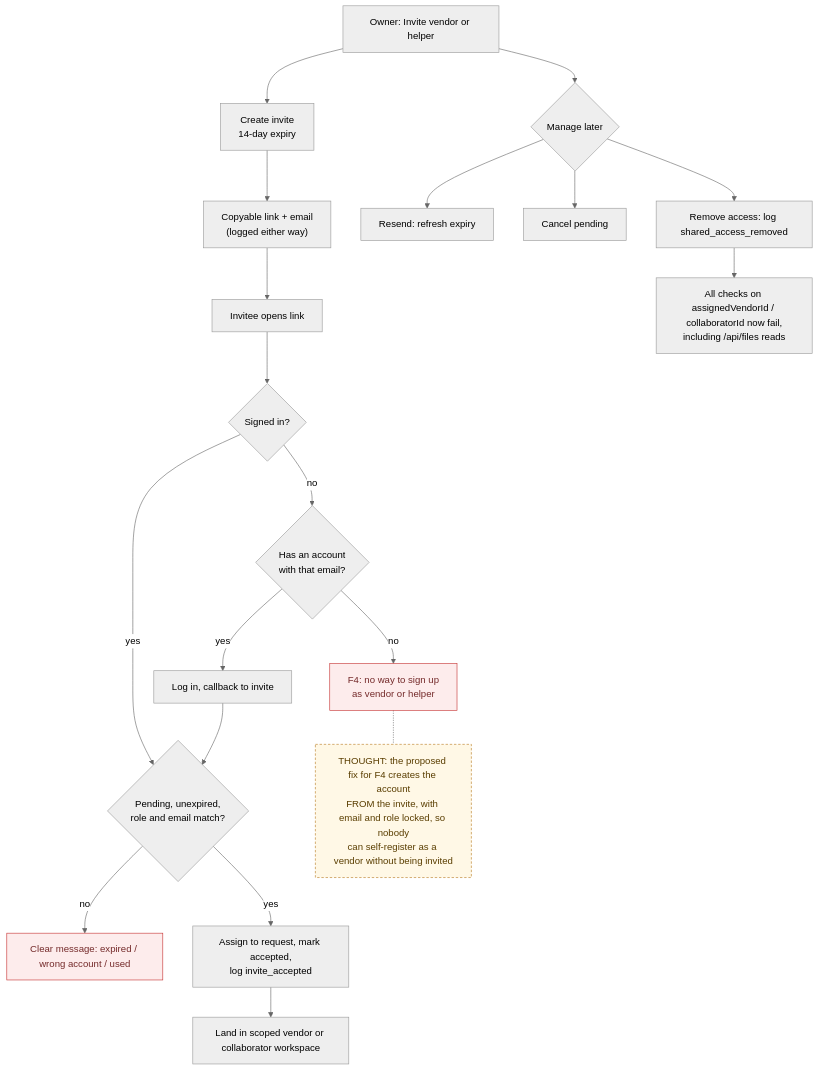
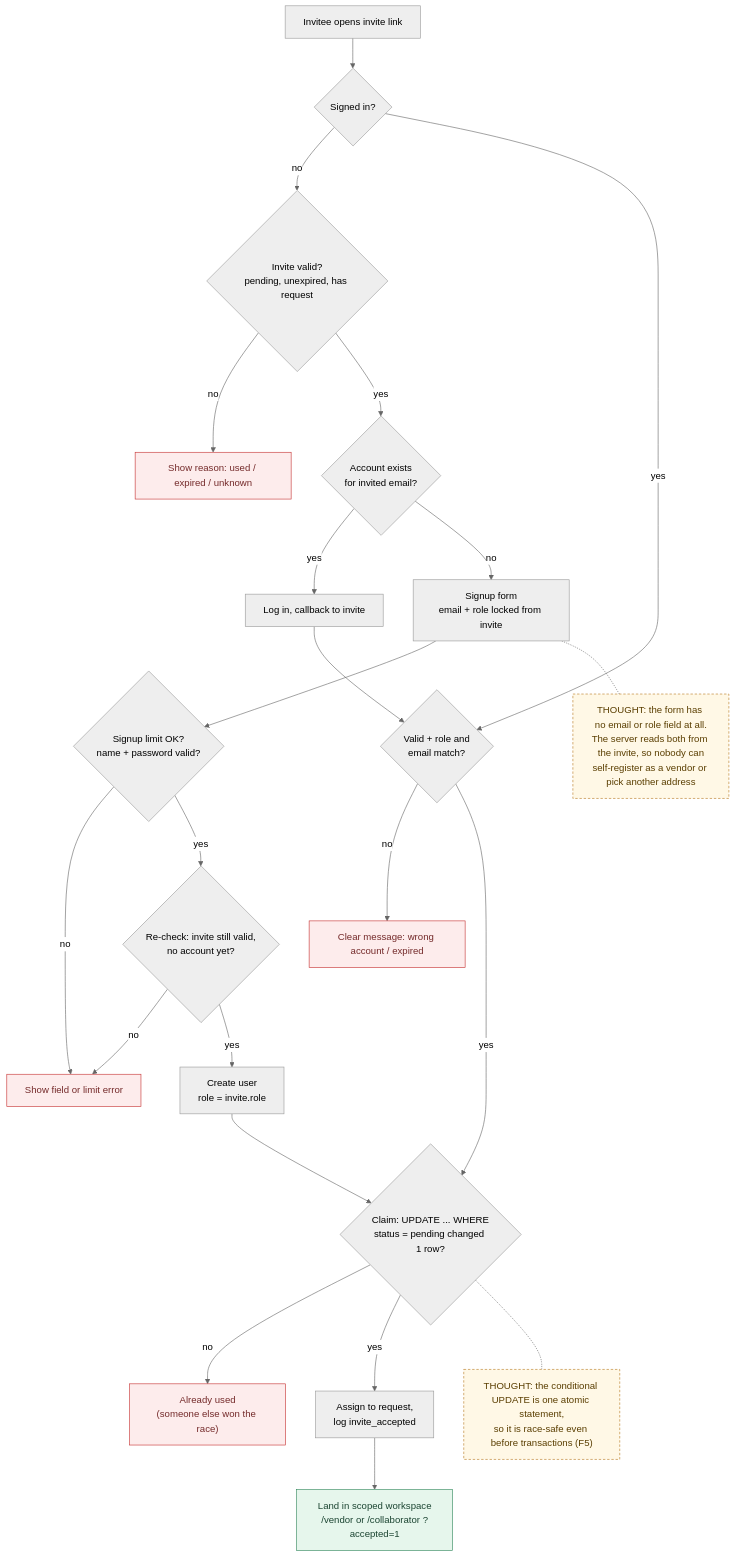
The first of 2 diagrams in docs/04-algorithms/05-invite-and-access.md (hypnoticdata777/turnflow-home), drawn with Mermaid (neutral theme) before and after one commit. The commit also changed other lines of this file and 19 other files, not shown here.

First line of the commit message:
F4: let invited vendors and helpers sign up from their invite

````diff
--- a/docs/04-algorithms/05-invite-and-access.md
+++ b/docs/04-algorithms/05-invite-and-access.md
@@ -95,23 +141,28 @@
 ```mermaid
 flowchart TD
-  O[Owner: Invite vendor or helper] --> CI["Create invite<br/>14-day expiry"]
-  CI --> LINK["Copyable link + email<br/>(logged either way)"]
-  LINK --> OPEN[Invitee opens link]
-  OPEN --> SIGNED{Signed in?}
-  SIGNED -- no --> HAS{"Has an account<br/>with that email?"}
+  OPEN[Invitee opens invite link] --> SIGNED{Signed in?}
+  SIGNED -- no --> VALID{"Invite valid?<br/>pending, unexpired, has request"}
+  VALID -- no --> MSG[Show reason: used / expired / unknown]:::bad
+  VALID -- yes --> HAS{"Account exists<br/>for invited email?"}
   HAS -- yes --> LOGIN[Log in, callback to invite] --> CHK
-  HAS -- no --> GAP["F4: no way to sign up<br/>as vendor or helper"]:::bad
-  SIGNED -- yes --> CHK{"Pending, unexpired,<br/>role and email match?"}
-  CHK -- no --> MSG[Clear message: expired / wrong account / used]:::bad
-  CHK -- yes --> ACC["Assign to request, mark accepted,<br/>log invite_accepted"]
-  ACC --> WS[Land in scoped vendor or collaborator workspace]
-  O --> MNG{Manage later}
-  MNG --> RS["Resend: refresh expiry"]
-  MNG --> CN["Cancel pending"]
-  MNG --> RV["Remove access: log shared_access_removed"]
-  RV --> CUT["All checks on assignedVendorId / collaboratorId now fail,<br/>including /api/files reads"]
-  T["THOUGHT: the proposed fix for F4 creates the account<br/>FROM the invite, with email and role locked, so nobody<br/>can self-register as a vendor without being invited"]:::thought
-  GAP -.- T
+  HAS -- no --> FORM["Signup form<br/>email + role locked from invite"]
+  FORM --> LIM{"Signup limit OK?<br/>name + password valid?"}
+  LIM -- no --> FERR[Show field or limit error]:::bad
+  LIM -- yes --> RECHK{"Re-check: invite still valid,<br/>no account yet?"}
+  RECHK -- no --> FERR
+  RECHK -- yes --> CREATE["Create user<br/>role = invite.role"]
+  CREATE --> CLAIM
+  SIGNED -- yes --> CHK{"Valid + role and<br/>email match?"}
+  CHK -- no --> MSG2[Clear message: wrong account / expired]:::bad
+  CHK -- yes --> CLAIM{"Claim: UPDATE ... WHERE<br/>status = pending changed 1 row?"}
+  CLAIM -- no --> USED["Already used<br/>(someone else won the race)"]:::bad
+  CLAIM -- yes --> ASSIGN["Assign to request,<br/>log invite_accepted"]
+  ASSIGN --> WS["Land in scoped workspace<br/>/vendor or /collaborator ?accepted=1"]:::good
+  T1["THOUGHT: the form has no email or role field at all.<br/>The server reads both from the invite, so nobody can<br/>self-register as a vendor or pick another address"]:::thought
+  FORM -.- T1
+  T2["THOUGHT: the conditional UPDATE is one atomic statement,<br/>so it is race-safe even before transactions (F5)"]:::thought
+  CLAIM -.- T2
   classDef thought fill:#fff8e6,stroke:#b7791f,stroke-dasharray:4 3,color:#5a3e00
   classDef bad fill:#fdecec,stroke:#c53030,color:#742a2a
+  classDef good fill:#e6f6ec,stroke:#2f855a,color:#1c4532
 ```
````
